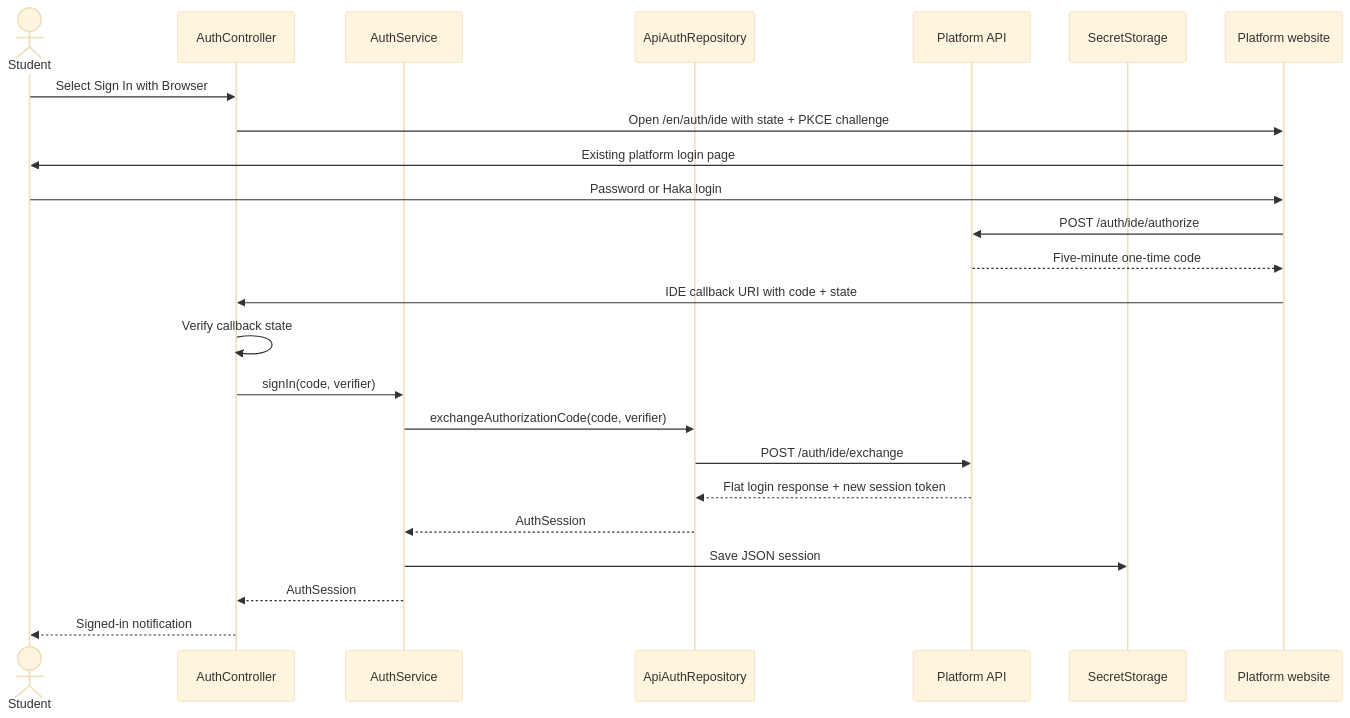
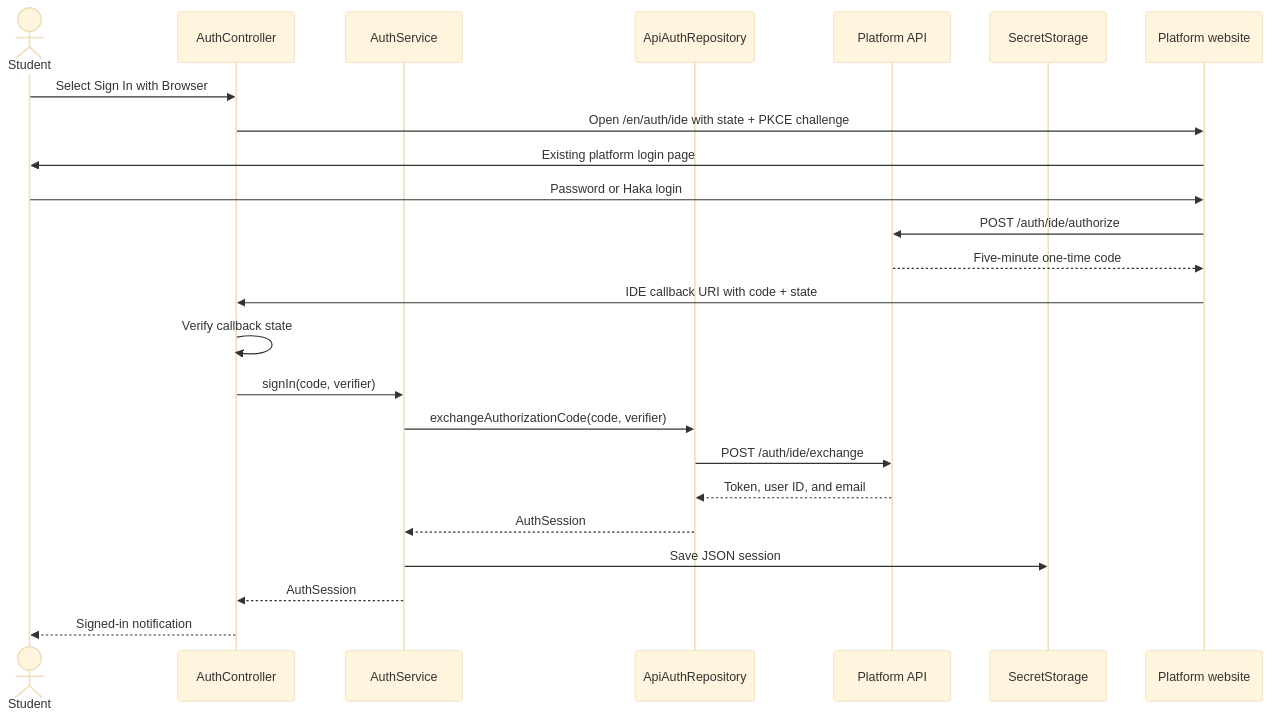
Before and after one commit to aalto-opencs/opencs-ide-plugin: the second of 5 diagrams in docs/developer-guide.md, drawn with Mermaid (base theme). The commit also changed other lines of this file and 22 other files, not shown here.

````diff
--- a/docs/developer-guide.md
+++ b/docs/developer-guide.md
@@ -288,27 +288,27 @@
 ```mermaid
 sequenceDiagram
     actor Student
     participant Controller as AuthController
     participant Service as AuthService
     participant Repo as ApiAuthRepository
     participant API as Platform API
     participant Secrets as SecretStorage
 
     participant Browser as Platform website
     Student->>Controller: Select Sign In with Browser
     Controller->>Browser: Open /en/auth/ide with state + PKCE challenge
     Browser->>Student: Existing platform login page
     Student->>Browser: Password or Haka login
     Browser->>API: POST /auth/ide/authorize
     API-->>Browser: Five-minute one-time code
     Browser->>Controller: IDE callback URI with code + state
     Controller->>Controller: Verify callback state
     Controller->>Service: signIn(code, verifier)
     Service->>Repo: exchangeAuthorizationCode(code, verifier)
     Repo->>API: POST /auth/ide/exchange
-    API-->>Repo: Flat login response + new session token
+    API-->>Repo: Token, user ID, and email
     Repo-->>Service: AuthSession
     Service->>Secrets: Save JSON session
     Service-->>Controller: AuthSession
     Controller-->>Student: Signed-in notification
 ```
````
